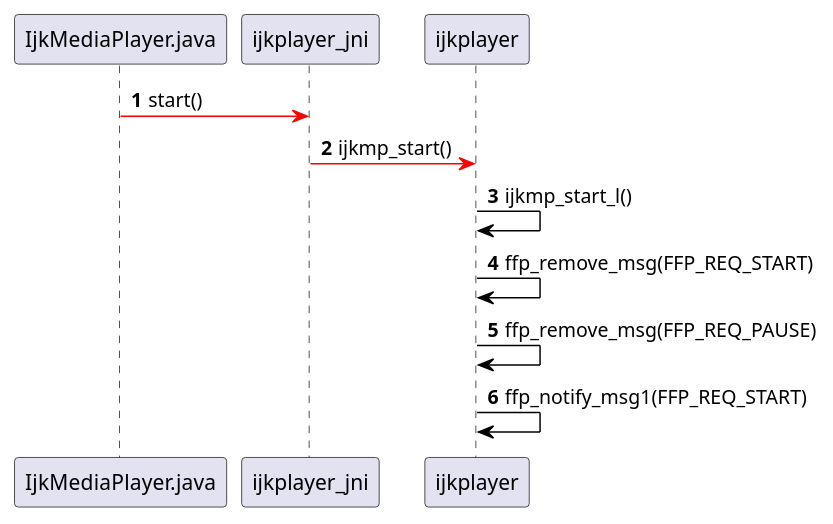
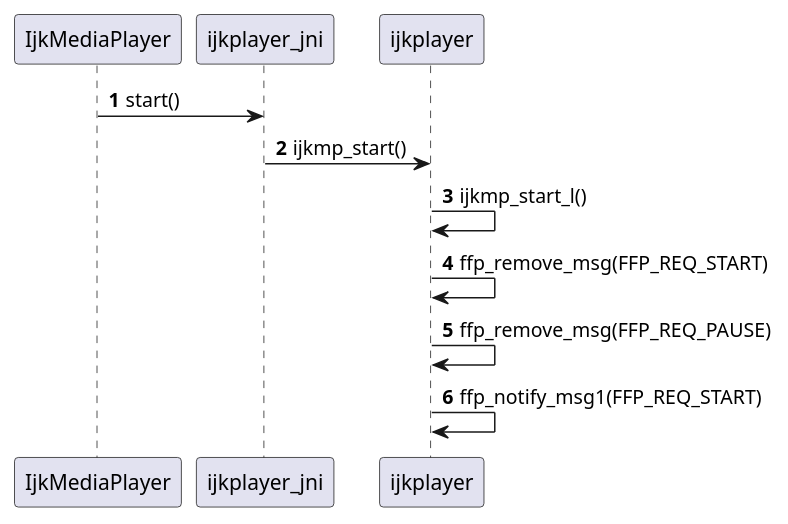
One commit to biezhihua/SMusic changed the diagram in doc/IjkPlayer/Sequence/ijkplayer_jni-start.puml. Above: the diagram before and after it, drawn with PlantUML. The commit also changed 16 other files, not shown here.

```diff
--- a/doc/IjkPlayer/Sequence/ijkplayer_jni-start.puml
+++ b/doc/IjkPlayer/Sequence/ijkplayer_jni-start.puml
@@ -1,16 +1,16 @@
 @startuml
 autonumber
 
-IjkMediaPlayer.java [#FF0000]-> ijkplayer_jni:start()
+IjkMediaPlayer -> ijkplayer_jni:start()
 
-ijkplayer_jni [#FF0000]-> ijkplayer:ijkmp_start()
+ijkplayer_jni -> ijkplayer:ijkmp_start()
 
-ijkplayer [#000000]-> ijkplayer:ijkmp_start_l()
+ijkplayer -> ijkplayer:ijkmp_start_l()
 
-ijkplayer [#000000]-> ijkplayer:ffp_remove_msg(FFP_REQ_START)
+ijkplayer -> ijkplayer:ffp_remove_msg(FFP_REQ_START)
 
-ijkplayer [#000000]-> ijkplayer:ffp_remove_msg(FFP_REQ_PAUSE)
+ijkplayer -> ijkplayer:ffp_remove_msg(FFP_REQ_PAUSE)
 
-ijkplayer [#000000]-> ijkplayer:ffp_notify_msg1(FFP_REQ_START)
+ijkplayer -> ijkplayer:ffp_notify_msg1(FFP_REQ_START)
 
 @enduml
```
